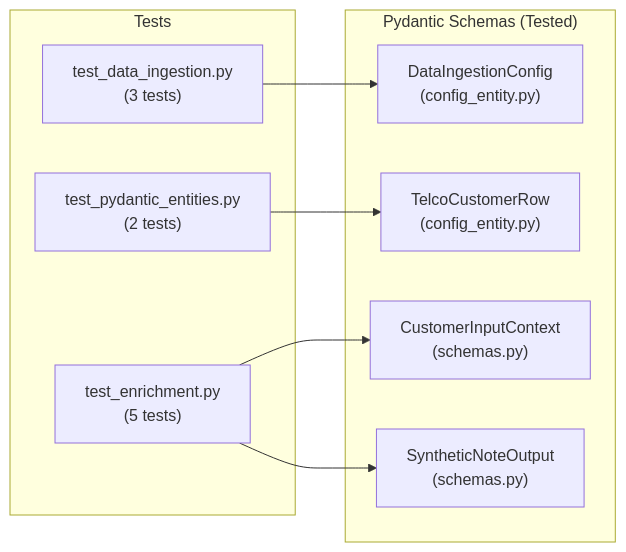
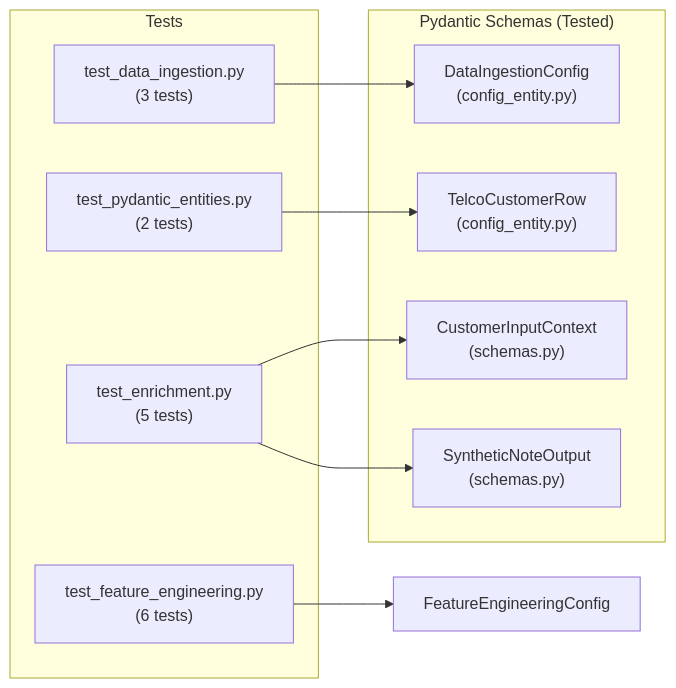
The diagram in reports/docs/runbooks/test_suite.md (SebastianGarrido2790/ai-ml-telecom-customer-churn), drawn with Mermaid before and after one commit. The commit also changed other lines of this file and 28 other files, not shown here.

Commit message:
Phase 4: Complete Feature Engineering stage. Implement NLP transformers (TextEmbedder), PCA reduction, and ColumnTransformer. Add comprehensive documentation and unit tests for transformation logic.

````diff
--- a/reports/docs/runbooks/test_suite.md
+++ b/reports/docs/runbooks/test_suite.md
@@ -140,20 +162,22 @@
 ```mermaid
 graph LR
     subgraph "Pydantic Schemas (Tested)"
         DataIngestionConfig["DataIngestionConfig\n(config_entity.py)"]
         TelcoCustomerRow["TelcoCustomerRow\n(config_entity.py)"]
         CustomerInputContext["CustomerInputContext\n(schemas.py)"]
         SyntheticNoteOutput["SyntheticNoteOutput\n(schemas.py)"]
     end
 
     subgraph "Tests"
         T0["test_data_ingestion.py\n(3 tests)"]
         T1["test_pydantic_entities.py\n(2 tests)"]
         T2["test_enrichment.py\n(5 tests)"]
+        T3["test_feature_engineering.py\n(6 tests)"]
     end
 
     T0 --> DataIngestionConfig
     T1 --> TelcoCustomerRow
     T2 --> CustomerInputContext
     T2 --> SyntheticNoteOutput
+    T3 --> FeatureEngineeringConfig
 ```
````
